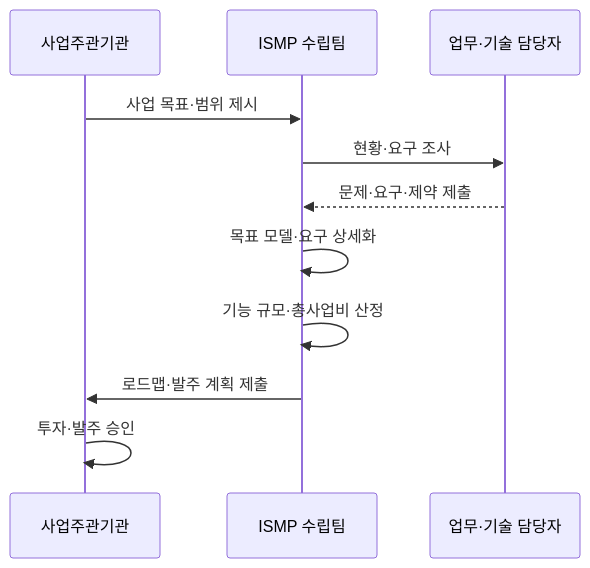
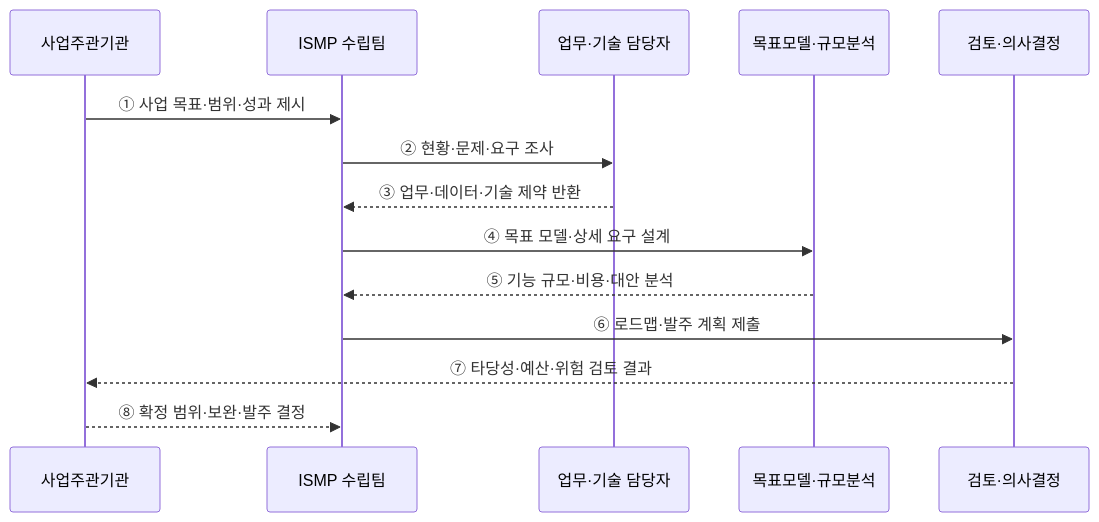
Before and after one commit to agnusdei1207/knowledge-base: the second of 2 diagrams in src/content/docs/notes/03-software/187_ismp.md, drawn with Mermaid. The commit also changed other lines of this file and 12 other files, not shown here.

````diff
--- a/src/content/docs/notes/03-software/187_ismp.md
+++ b/src/content/docs/notes/03-software/187_ismp.md
@@ -75,13 +67,16 @@
 ```mermaid
 sequenceDiagram
     participant O as 사업주관기관
     participant T as ISMP 수립팀
     participant U as 업무·기술 담당자
-    O->>T: 사업 목표·범위 제시
-    T->>U: 현황·요구 조사
-    U-->>T: 문제·요구·제약 제출
-    T->>T: 목표 모델·요구 상세화
-    T->>T: 기능 규모·총사업비 산정
-    T->>O: 로드맵·발주 계획 제출
-    O->>O: 투자·발주 승인
+    participant M as 목표모델·규모분석
+    participant R as 검토·의사결정
+    O->>T: ① 사업 목표·범위·성과 제시
+    T->>U: ② 현황·문제·요구 조사
+    U-->>T: ③ 업무·데이터·기술 제약 반환
+    T->>M: ④ 목표 모델·상세 요구 설계
+    M-->>T: ⑤ 기능 규모·비용·대안 분석
+    T->>R: ⑥ 로드맵·발주 계획 제출
+    R-->>O: ⑦ 타당성·예산·위험 검토 결과
+    O-->>T: ⑧ 확정 범위·보완·발주 결정
 ```
````
